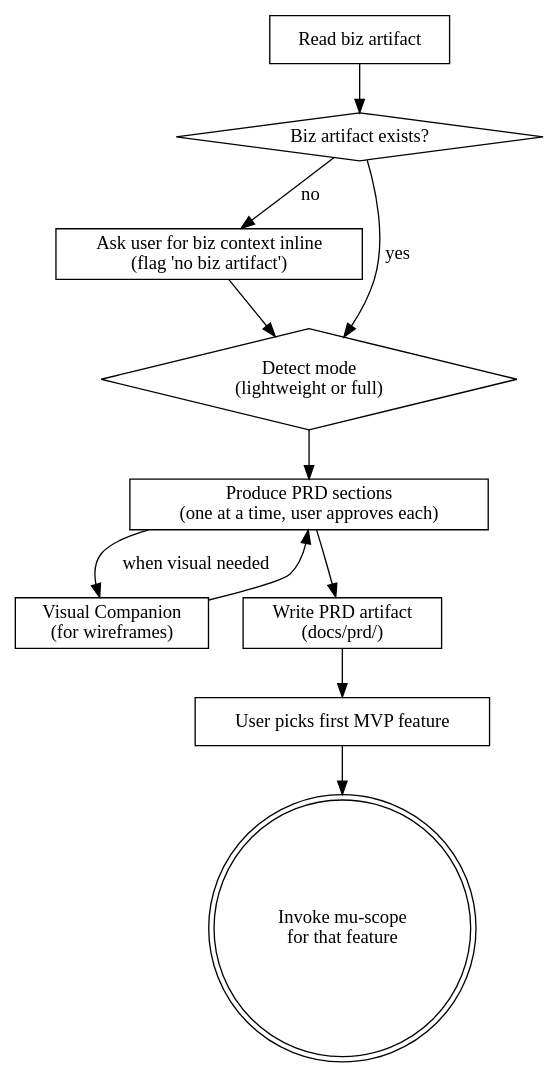
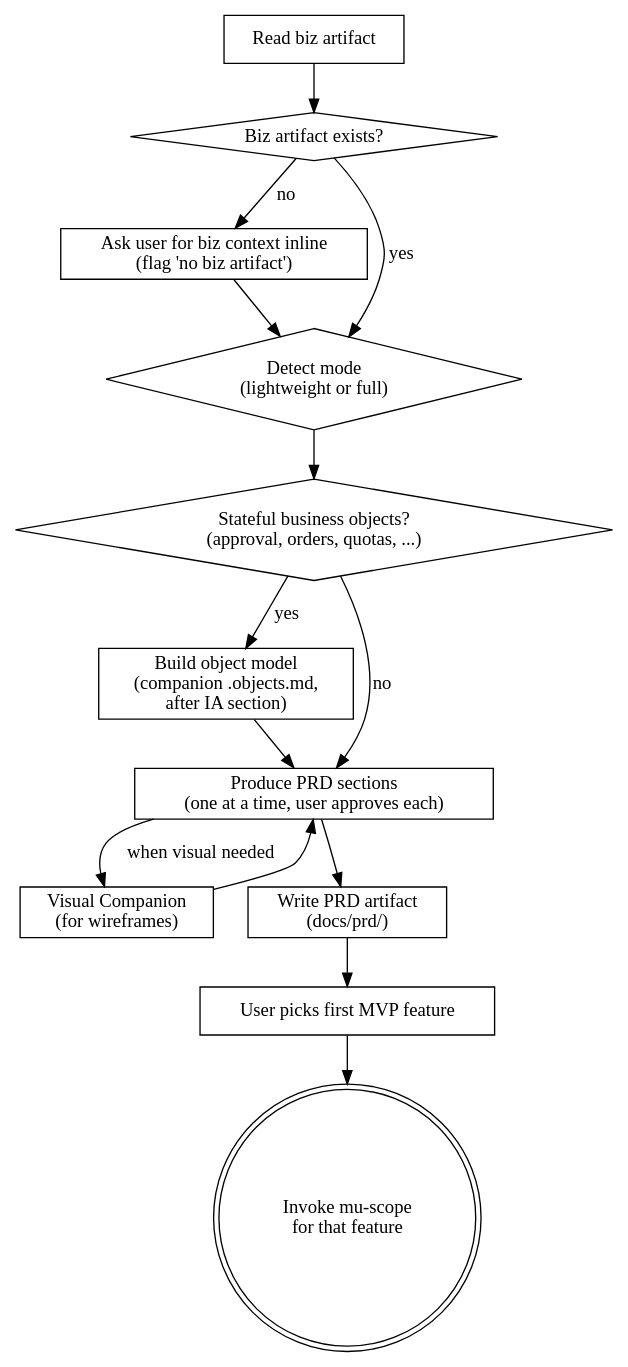
Before and after one commit to knotmark-ai/devmuse: the diagram in skills/mu-prd/SKILL.md, drawn with Graphviz. The commit also changed other lines of this file and 3 other files, not shown here.

````diff
--- a/skills/mu-prd/SKILL.md
+++ b/skills/mu-prd/SKILL.md
@@ -71,24 +73,29 @@
 ```dot
 digraph mu_prd {
     "Read biz artifact" [shape=box];
     "Biz artifact exists?" [shape=diamond];
     "Ask user for biz context inline\n(flag 'no biz artifact')" [shape=box];
     "Detect mode\n(lightweight or full)" [shape=diamond];
+    "Stateful business objects?\n(approval, orders, quotas, ...)" [shape=diamond];
+    "Build object model\n(companion .objects.md,\nafter IA section)" [shape=box];
     "Produce PRD sections\n(one at a time, user approves each)" [shape=box];
     "Visual Companion\n(for wireframes)" [shape=box];
     "Write PRD artifact\n(docs/prd/)" [shape=box];
     "User picks first MVP feature" [shape=box];
     "Invoke mu-scope\nfor that feature" [shape=doublecircle];
 
     "Read biz artifact" -> "Biz artifact exists?";
     "Biz artifact exists?" -> "Detect mode\n(lightweight or full)" [label="yes"];
     "Biz artifact exists?" -> "Ask user for biz context inline\n(flag 'no biz artifact')" [label="no"];
     "Ask user for biz context inline\n(flag 'no biz artifact')" -> "Detect mode\n(lightweight or full)";
-    "Detect mode\n(lightweight or full)" -> "Produce PRD sections\n(one at a time, user approves each)";
+    "Detect mode\n(lightweight or full)" -> "Stateful business objects?\n(approval, orders, quotas, ...)";
+    "Stateful business objects?\n(approval, orders, quotas, ...)" -> "Build object model\n(companion .objects.md,\nafter IA section)" [label="yes"];
+    "Stateful business objects?\n(approval, orders, quotas, ...)" -> "Produce PRD sections\n(one at a time, user approves each)" [label="no"];
+    "Build object model\n(companion .objects.md,\nafter IA section)" -> "Produce PRD sections\n(one at a time, user approves each)";
     "Produce PRD sections\n(one at a time, user approves each)" -> "Visual Companion\n(for wireframes)" [label="when visual needed"];
     "Visual Companion\n(for wireframes)" -> "Produce PRD sections\n(one at a time, user approves each)";
     "Produce PRD sections\n(one at a time, user approves each)" -> "Write PRD artifact\n(docs/prd/)";
     "Write PRD artifact\n(docs/prd/)" -> "User picks first MVP feature";
     "User picks first MVP feature" -> "Invoke mu-scope\nfor that feature";
 }
 ```
````
